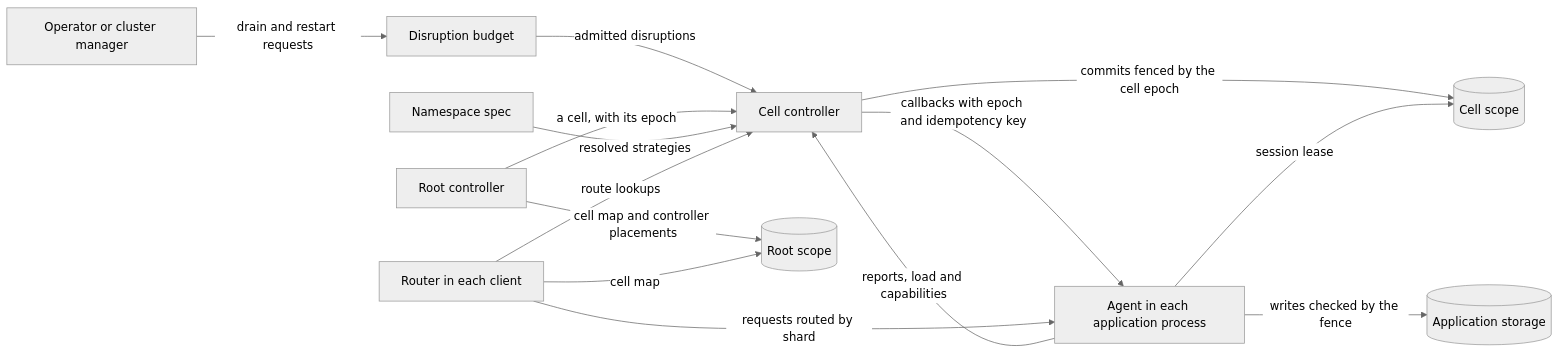
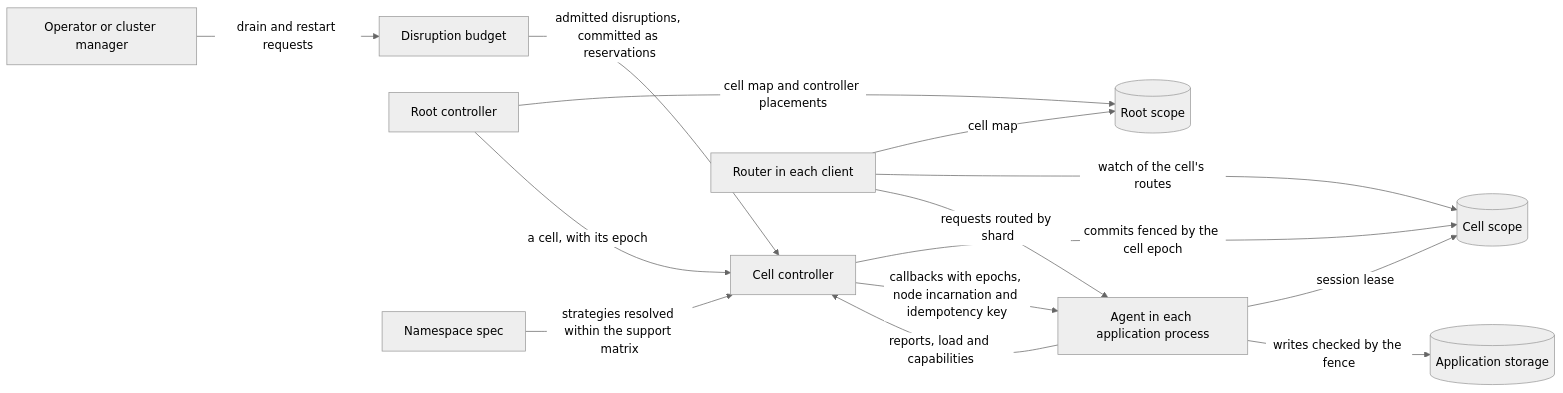
The diagram in docs/rfc/0001-architecture-and-core-model.md (thesm-os/sharder), drawn with Mermaid (neutral theme) before and after one commit. The commit also changed other lines of this file and 8 other files, not shown here.

````diff
--- a/docs/rfc/0001-architecture-and-core-model.md
+++ b/docs/rfc/0001-architecture-and-core-model.md
@@ -298,16 +415,16 @@
 ```mermaid
 flowchart LR
     ops[Operator or cluster manager] -->|drain and restart requests| budget[Disruption budget]
-    budget -->|admitted disruptions| ctrl[Cell controller]
+    budget -->|admitted disruptions, committed as reservations| ctrl[Cell controller]
     root[Root controller] -->|cell map and controller placements| rootscope[(Root scope)]
     root -->|a cell, with its epoch| ctrl
-    spec[Namespace spec] -->|resolved strategies| ctrl
+    spec[Namespace spec] -->|strategies resolved within the support matrix| ctrl
     ctrl -->|commits fenced by the cell epoch| cellscope[(Cell scope)]
-    ctrl -->|callbacks with epoch and idempotency key| agent[Agent in each application process]
+    ctrl -->|callbacks with epochs, node incarnation and idempotency key| agent[Agent in each application process]
     agent -->|reports, load and capabilities| ctrl
     agent -->|session lease| cellscope
     router[Router in each client] -->|cell map| rootscope
-    router -->|route lookups| ctrl
+    router -->|watch of the cell's routes| cellscope
     router -->|requests routed by shard| agent
     agent -->|writes checked by the fence| data[(Application storage)]
 ```
````
